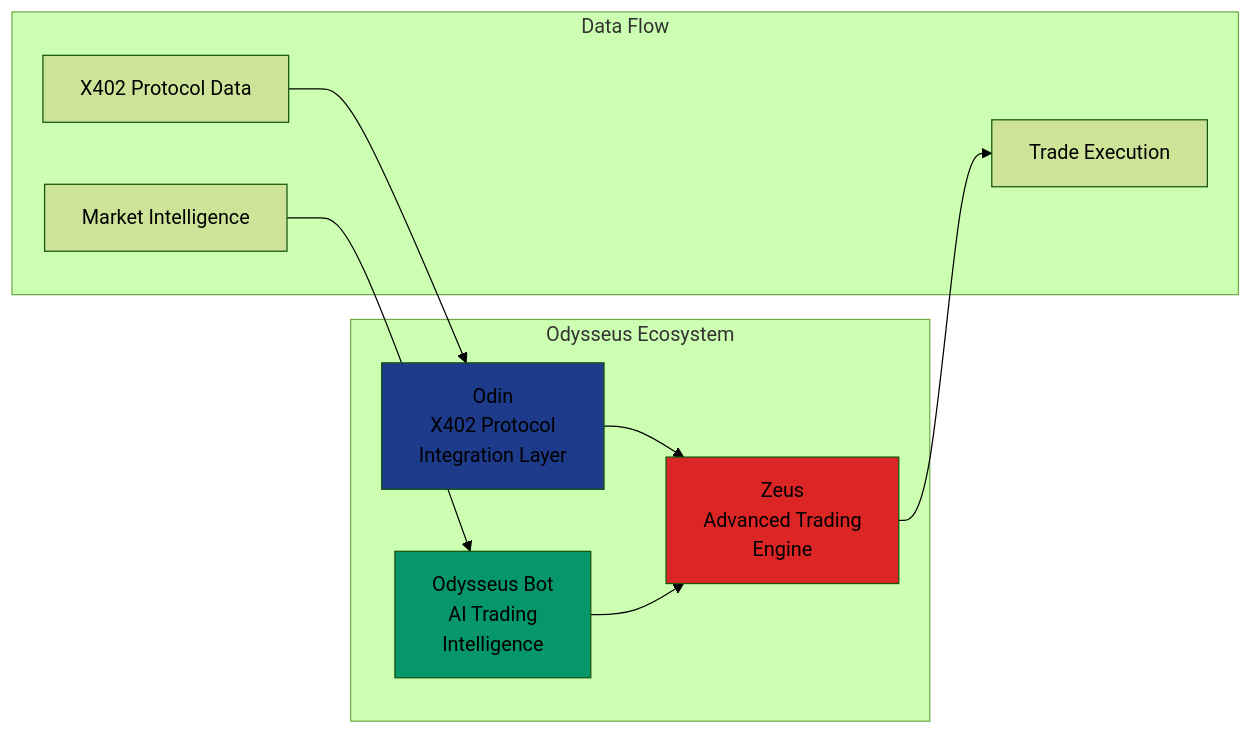
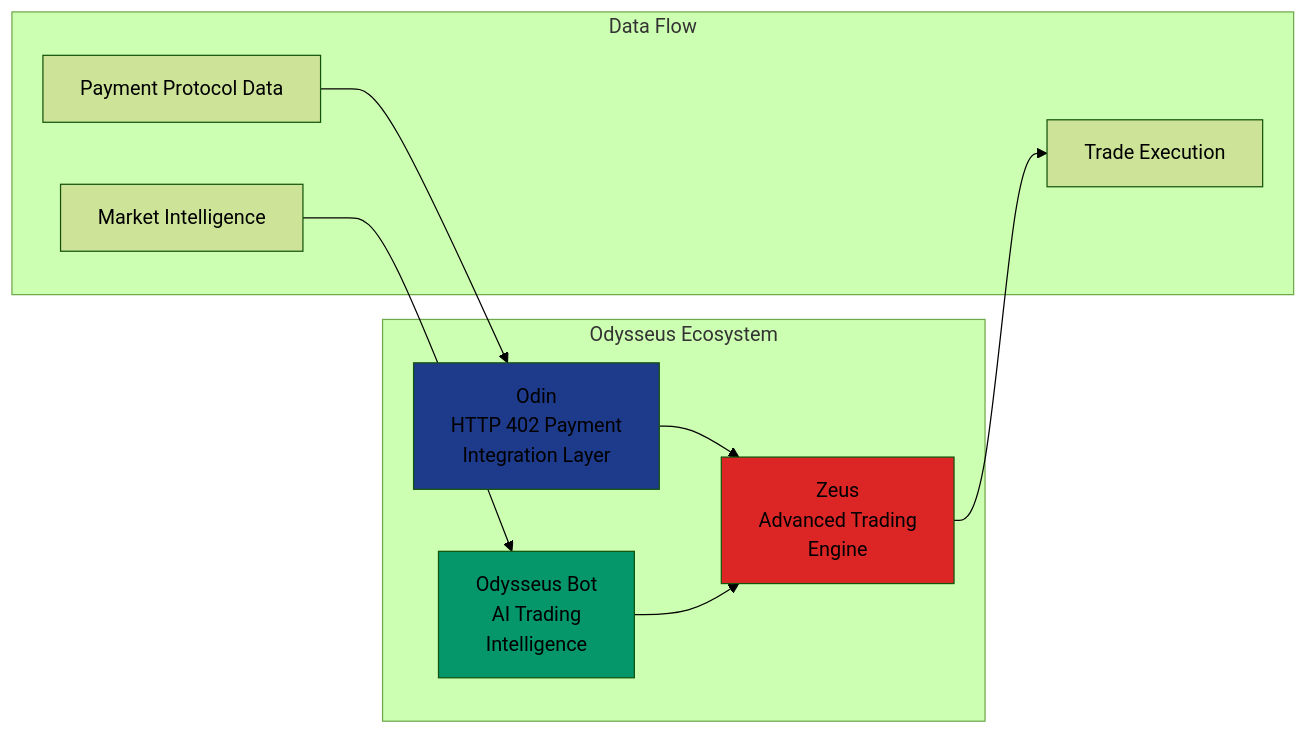
Before and after one commit to jconstantine627752-maker/Odysseus: the second of 6 diagrams in apps/odin/README.md, drawn with Mermaid (forest theme). The commit also changed other lines of this file and 11 other files, not shown here.

````diff
--- a/apps/odin/README.md
+++ b/apps/odin/README.md
@@ -45,24 +45,24 @@
 ```mermaid
 graph LR
     subgraph "Odysseus Ecosystem"
-        ODIN[Odin<br/>X402 Protocol<br/>Integration Layer]
+        ODIN[Odin<br/>HTTP 402 Payment<br/>Integration Layer]
         ZEUS[Zeus<br/>Advanced Trading<br/>Engine]
         ODYSSEUS[Odysseus Bot<br/>AI Trading<br/>Intelligence]
     end
     
     subgraph "Data Flow"
-        X402_DATA[X402 Protocol Data]
+        PAYMENT_DATA[Payment Protocol Data]
         MARKET_DATA[Market Intelligence]
         TRADE_EXEC[Trade Execution]
     end
     
-    X402_DATA --> ODIN
+    PAYMENT_DATA --> ODIN
     ODIN --> ZEUS
     ZEUS --> TRADE_EXEC
     MARKET_DATA --> ODYSSEUS
     ODYSSEUS --> ZEUS
     
     style ODIN fill:#1e3a8a
     style ZEUS fill:#dc2626
     style ODYSSEUS fill:#059669
 ```
````
